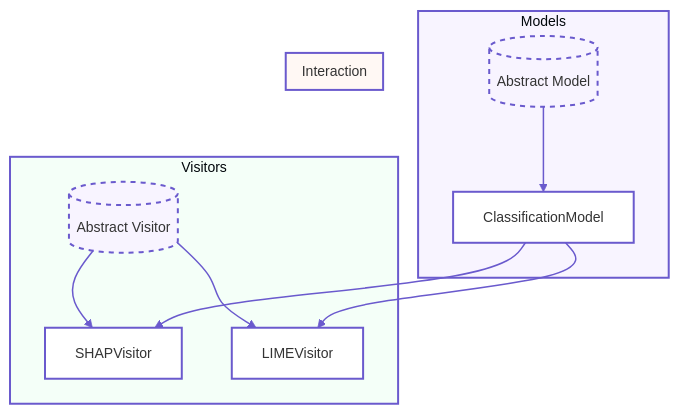
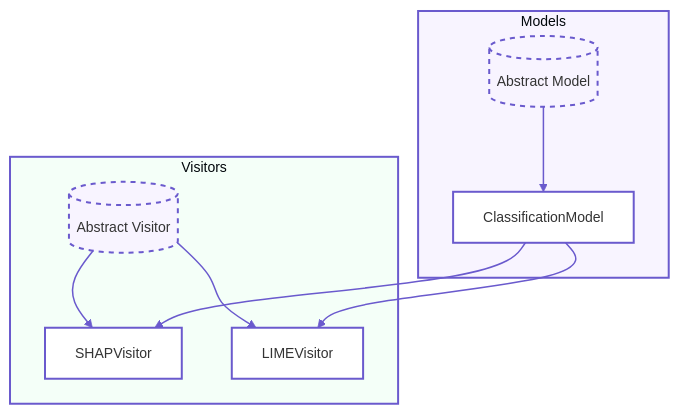
Before and after one commit to arunpshankar/Python-Design-Patterns-for-AI: the diagram in src/mermaid/13_visitor.mmd, drawn with Mermaid.

```diff
--- a/src/mermaid/13_visitor.mmd
+++ b/src/mermaid/13_visitor.mmd
@@ -1,45 +1,40 @@
 %%{init: {'theme': 'base', 'themeVariables': {
     'primaryColor': '#f8f4ff',
     'secondaryColor': '#f4fff8',
     'tertiaryColor': '#fff8f4',
     'mainBkg': '#ffffff',
     'nodeBorder': '#6a5acd',
     'clusterBkg': '#fafafa',
     'clusterBorder': '#6a5acd',
     'lineColor': '#6a5acd',
     'fontFamily': 'Helvetica, Arial, sans-serif',
     'fontSize': '14px'
 }}}%%
 
 flowchart TB
     subgraph Models
         style Models fill:#f8f4ff,stroke:#6a5acd,stroke-width:2px
         Model[("Abstract Model")]
         ClassificationModel["ClassificationModel"]
         Model --> ClassificationModel
     end
 
     subgraph Visitors
         style Visitors fill:#f4fff8,stroke:#6a5acd,stroke-width:2px
         Visitor[("Abstract Visitor")]
         SHAPVisitor["SHAPVisitor"]
         LIMEVisitor["LIMEVisitor"]
         Visitor --> SHAPVisitor
         Visitor --> LIMEVisitor
     end
     
-    subgraph Interaction
-        style Interaction fill:#fff8f4,stroke:#6a5acd,stroke-width:2px
-        ClassificationModel --> SHAPVisitor
-        ClassificationModel --> LIMEVisitor
-    end
+    ClassificationModel --> SHAPVisitor
+    ClassificationModel --> LIMEVisitor
     
     classDef abstract fill:#f8f4ff,stroke:#6a5acd,stroke-width:2px,stroke-dasharray: 5 5;
     classDef concrete fill:#ffffff,stroke:#6a5acd,stroke-width:2px;
-    classDef interaction fill:#fff8f4,stroke:#6a5acd,stroke-width:2px;
 
     class Model,Visitor abstract;
     class ClassificationModel,SHAPVisitor,LIMEVisitor concrete;
-    class Interaction interaction;
 
     linkStyle default stroke:#6a5acd,stroke-width:1.5px;
```
